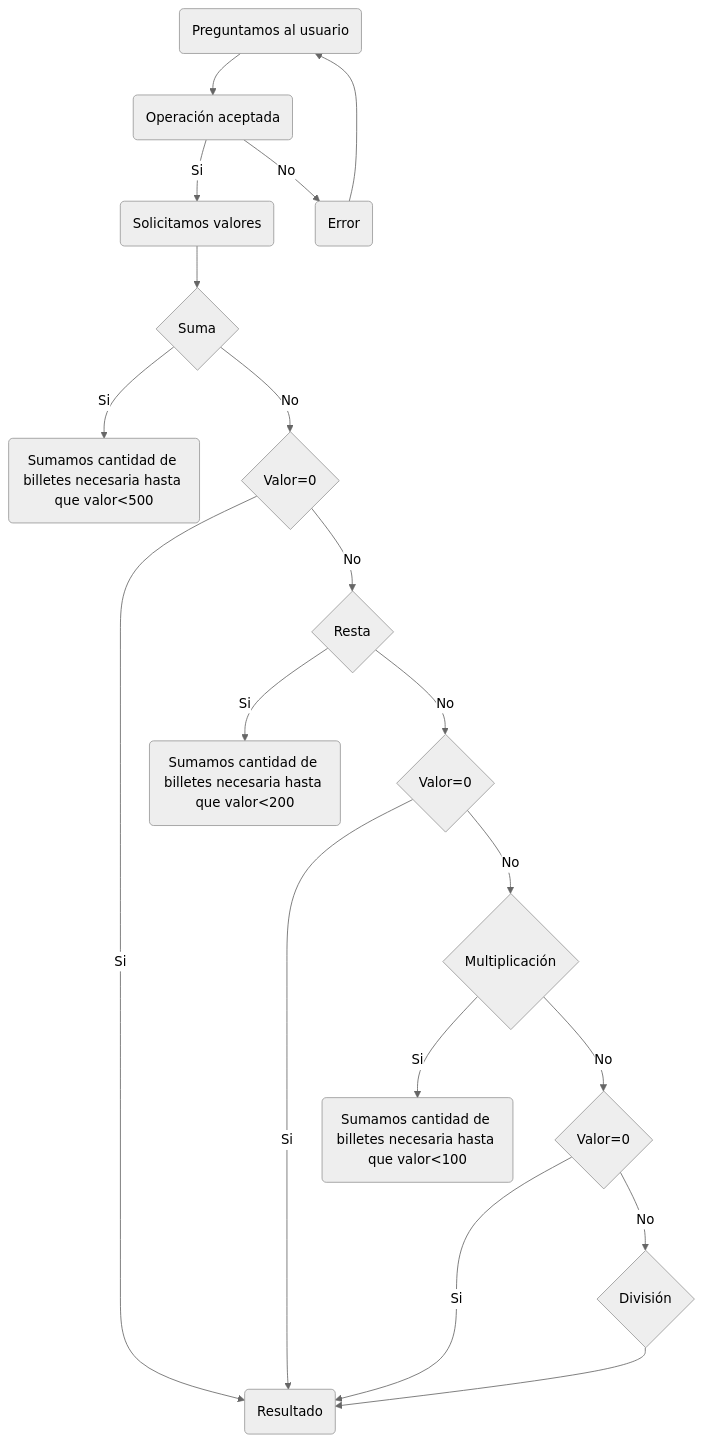
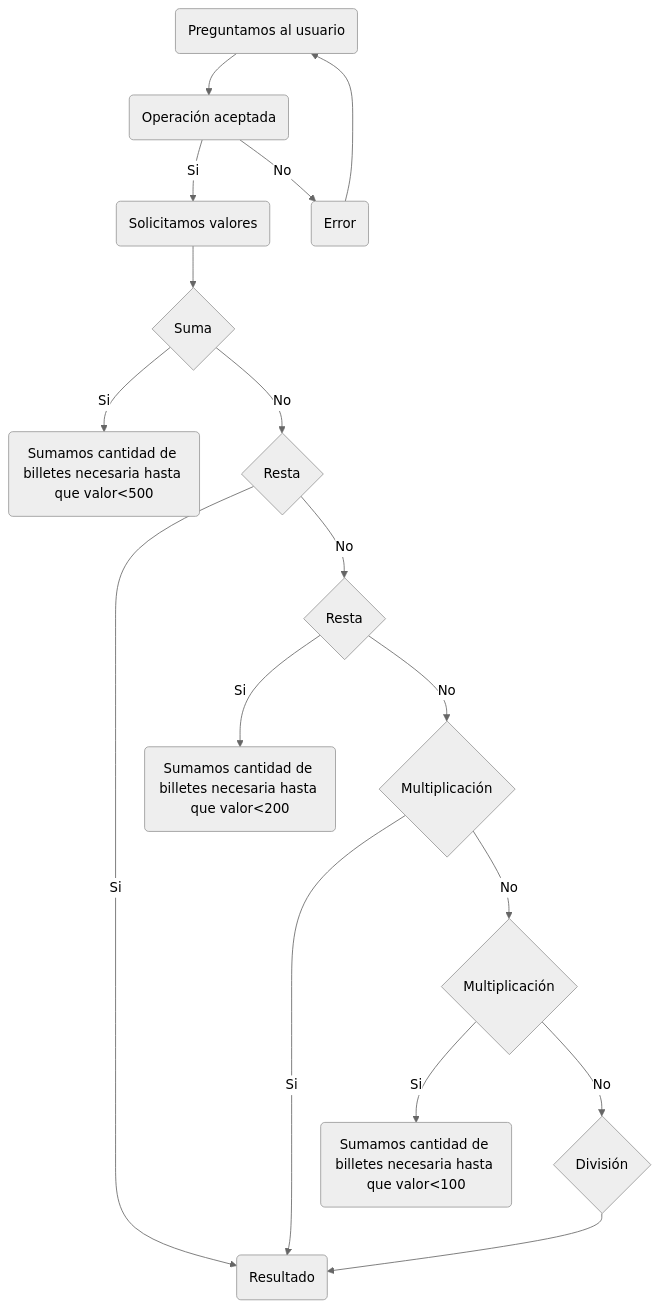
Before and after one commit to PachecoASIR/Diagramas: the third of 4 diagrams in README.md, drawn with Mermaid (neutral theme).

````diff
--- a/README.md
+++ b/README.md
@@ -61,21 +61,19 @@
 ```mermaid
 graph TD
     A(Preguntamos al usuario) -->B(Operación aceptada)
     B -->|Si| C(Solicitamos valores)
     B -->|No| D(Error)
     D --> A
     C --> E{Suma}
     E -->|Si| F(Sumamos cantidad de billetes necesaria hasta que valor<500)
-    E -->|No| G{Valor=0}
+    E -->|No| G{Resta}
     G -->|Si| Z(Resultado)
     G -->|No| H{Resta}
     H -->|Si| I(Sumamos cantidad de billetes necesaria hasta que valor<200)
-    H -->|No| J{Valor=0}
+    H -->|No| J{Multiplicación}
     J -->|Si| Z(Resultado)
     J -->|No| K{Multiplicación}
     K -->|Si| L(Sumamos cantidad de billetes necesaria hasta que valor<100)
-    K -->|No| M{Valor=0}
-    M -->|Si| Z(Resultado)
-    M -->|No| N{División}
-    N --> Z(Resultado)
+    K -->|No| M{División}
+    M --> Z(Resultado)
 ```
````
